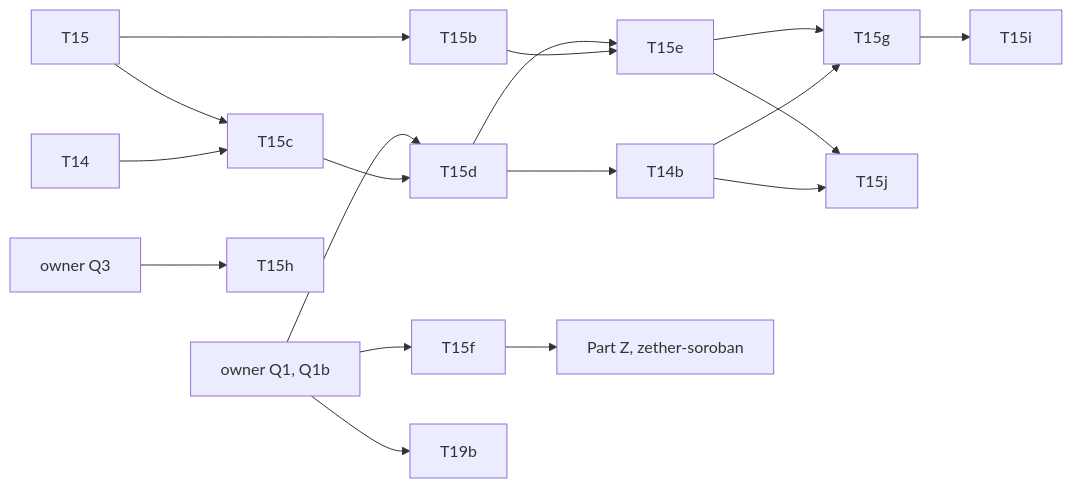
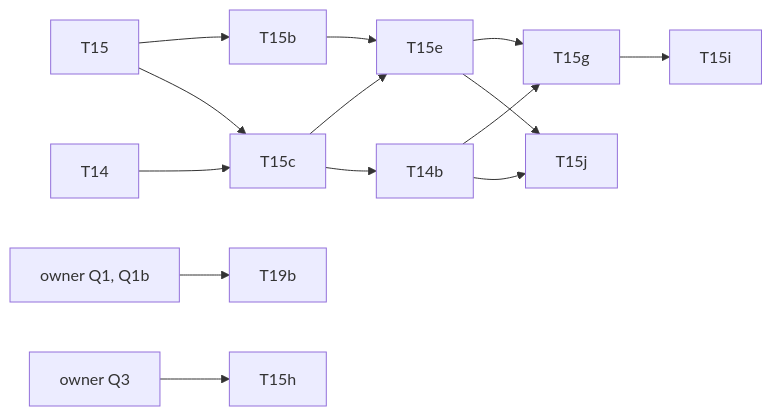
One commit to dinhduongha/scaas changed the second of 2 diagrams in docs/superpowers/plans/2026-11-05-ua-rs-sign.md. Above: the diagram before and after it, drawn with Mermaid. The commit also changed other lines of this file and 1 other file, not shown here.

First line of the commit message:
spec + plan: no-oracle split per owner rulings 2026-11-06

````diff
--- a/docs/superpowers/plans/2026-11-05-ua-rs-sign.md
+++ b/docs/superpowers/plans/2026-11-05-ua-rs-sign.md
@@ -746,12 +747,11 @@
 ```mermaid
 flowchart LR
   T15 --> T15b & T15c
   T14 --> T15c
-  Q1[owner Q1, Q1b] --> T15d & T15f & T19b
-  T15c --> T15d --> T15e & T14b
+  T15c --> T15e & T14b
   T15b --> T15e
   T15e & T14b --> T15g --> T15i
   T15e & T14b --> T15j
-  T15f --> PZ[Part Z, zether-soroban]
+  Q1[owner Q1, Q1b] --> T19b
   Q3[owner Q3] --> T15h
 ```
````
